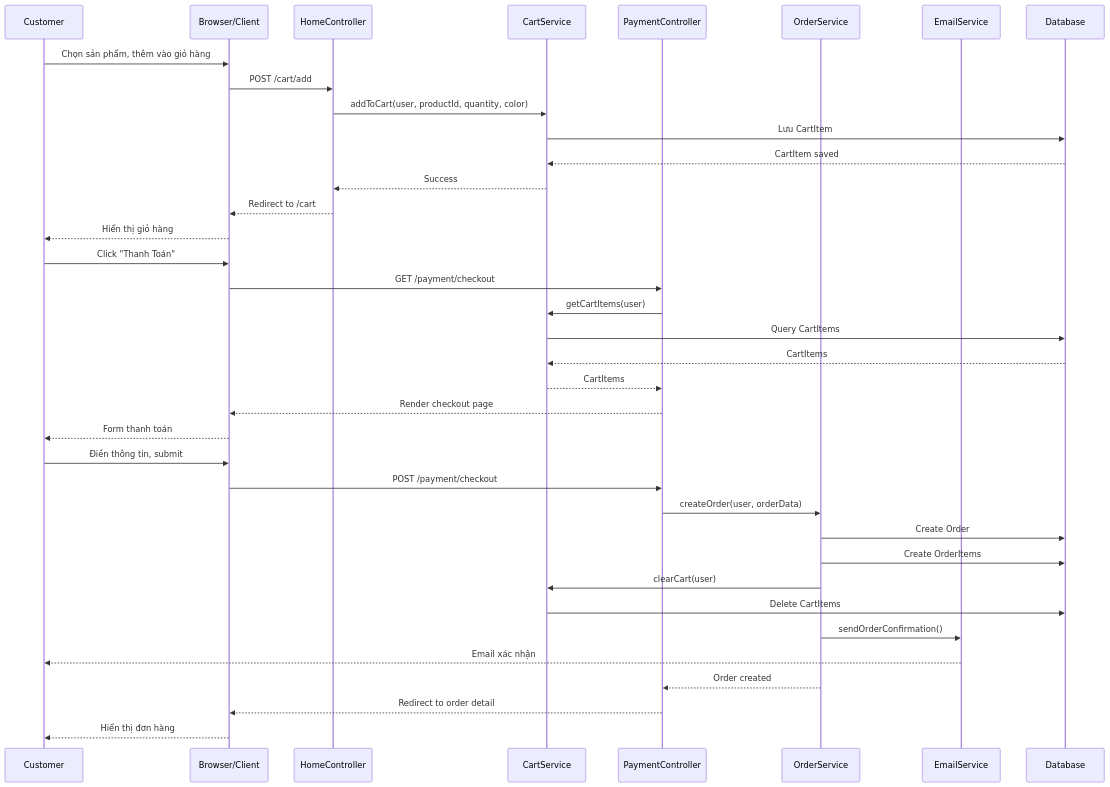
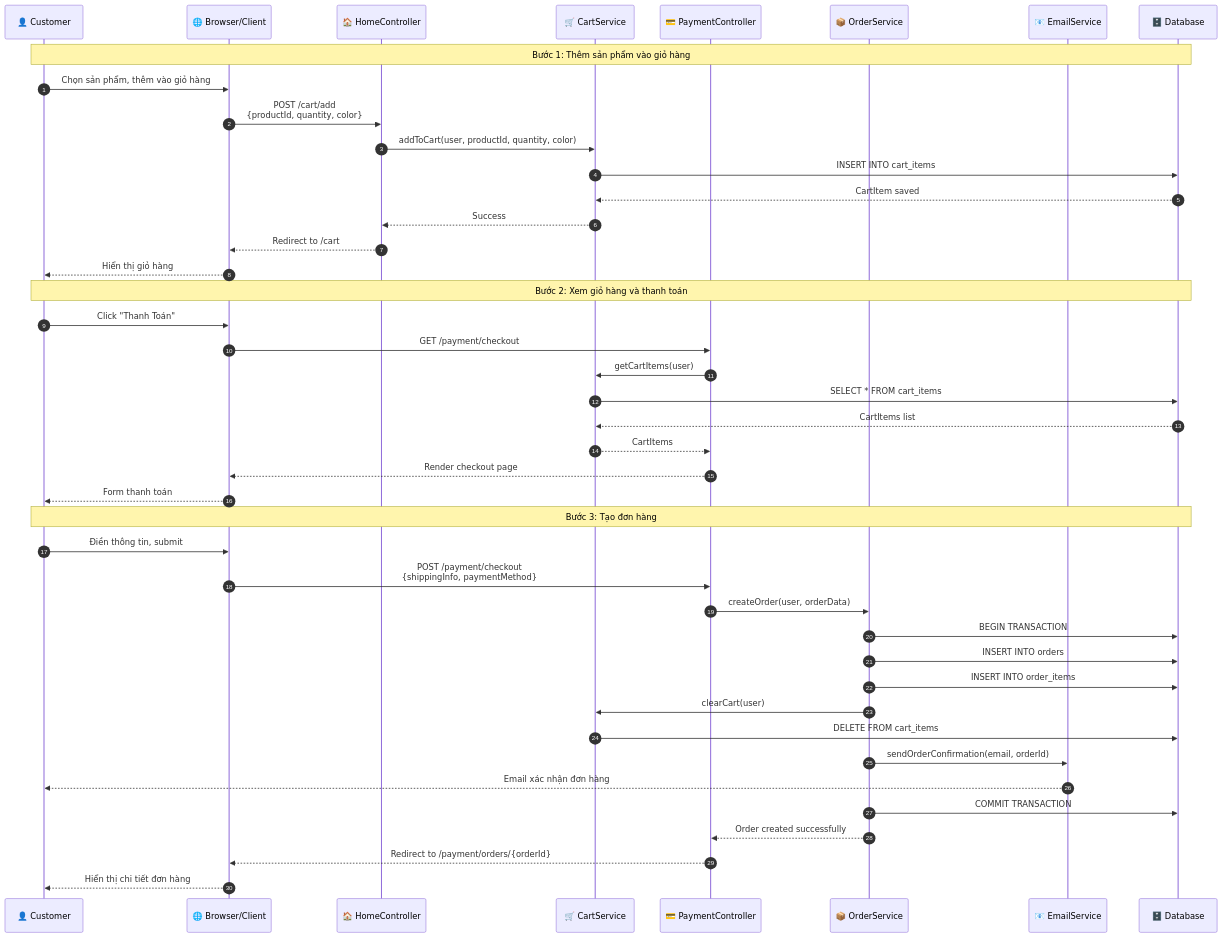
Before and after one commit to thoailyo230/bai-lap-cua-cac-buoi-tren-lop: the fourth of 7 diagrams in DIAGRAMS.md, drawn with Mermaid. The commit also changed other lines of this file, not shown here.

````diff
--- a/DIAGRAMS.md
+++ b/DIAGRAMS.md
@@ -142,42 +199,48 @@
 ```mermaid
 sequenceDiagram
-    participant C as Customer
-    participant BC as Browser/Client
-    participant HC as HomeController
-    participant CS as CartService
-    participant PC as PaymentController
-    participant OS as OrderService
-    participant ES as EmailService
-    participant DB as Database
+    autonumber
+    participant C as 👤 Customer
+    participant BC as 🌐 Browser/Client
+    participant HC as 🏠 HomeController
+    participant CS as 🛒 CartService
+    participant PC as 💳 PaymentController
+    participant OS as 📦 OrderService
+    participant ES as 📧 EmailService
+    participant DB as 🗄️ Database
     
+    Note over C,DB: Bước 1: Thêm sản phẩm vào giỏ hàng
     C->>BC: Chọn sản phẩm, thêm vào giỏ hàng
-    BC->>HC: POST /cart/add
+    BC->>HC: POST /cart/add<br/>{productId, quantity, color}
     HC->>CS: addToCart(user, productId, quantity, color)
-    CS->>DB: Lưu CartItem
+    CS->>DB: INSERT INTO cart_items
     DB-->>CS: CartItem saved
     CS-->>HC: Success
     HC-->>BC: Redirect to /cart
     BC-->>C: Hiển thị giỏ hàng
     
+    Note over C,DB: Bước 2: Xem giỏ hàng và thanh toán
     C->>BC: Click "Thanh Toán"
     BC->>PC: GET /payment/checkout
     PC->>CS: getCartItems(user)
-    CS->>DB: Query CartItems
-    DB-->>CS: CartItems
+    CS->>DB: SELECT * FROM cart_items
+    DB-->>CS: CartItems list
     CS-->>PC: CartItems
     PC-->>BC: Render checkout page
     BC-->>C: Form thanh toán
     
+    Note over C,DB: Bước 3: Tạo đơn hàng
     C->>BC: Điền thông tin, submit
-    BC->>PC: POST /payment/checkout
+    BC->>PC: POST /payment/checkout<br/>{shippingInfo, paymentMethod}
     PC->>OS: createOrder(user, orderData)
-    OS->>DB: Create Order
-    OS->>DB: Create OrderItems
+    OS->>DB: BEGIN TRANSACTION
+    OS->>DB: INSERT INTO orders
+    OS->>DB: INSERT INTO order_items
     OS->>CS: clearCart(user)
-    CS->>DB: Delete CartItems
-    OS->>ES: sendOrderConfirmation()
-    ES-->>C: Email xác nhận
-    OS-->>PC: Order created
-    PC-->>BC: Redirect to order detail
-    BC-->>C: Hiển thị đơn hàng
+    CS->>DB: DELETE FROM cart_items
+    OS->>ES: sendOrderConfirmation(email, orderId)
+    ES-->>C: Email xác nhận đơn hàng
+    OS->>DB: COMMIT TRANSACTION
+    OS-->>PC: Order created successfully
+    PC-->>BC: Redirect to /payment/orders/{orderId}
+    BC-->>C: Hiển thị chi tiết đơn hàng
 ```
````
